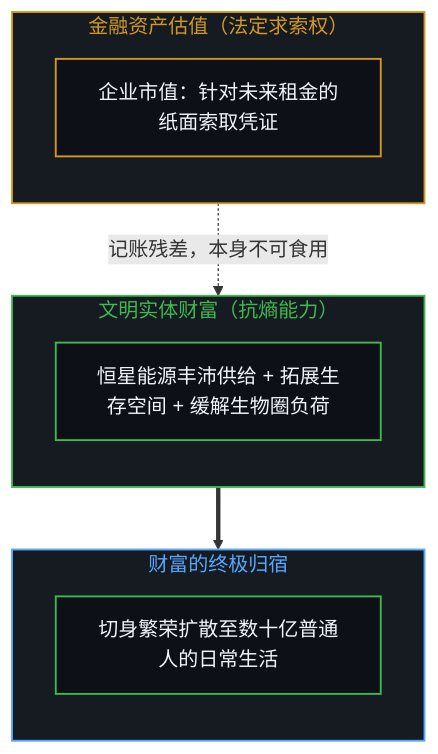
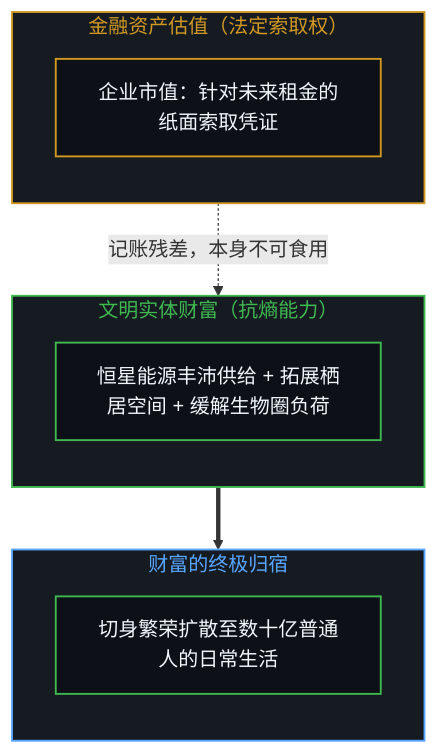
Before and after one commit to powerpig99/not-a-toe: diagram 13 of 14 in content/posts/beyond-the-hundred-trillion-horizon.md, drawn with Mermaid. The commit also changed other lines of this file and 5 other files, not shown here.

````diff
--- a/content/posts/beyond-the-hundred-trillion-horizon.md
+++ b/content/posts/beyond-the-hundred-trillion-horizon.md
@@ -495,25 +495,25 @@
 ```mermaid
 flowchart TD
     classDef default fill:#0d1117,stroke:#30363d,stroke-width:1px,color:#f0f6fc;
     classDef mind fill:#0d1117,stroke:#3fb950,stroke-width:1.5px,color:#f0f6fc;
     classDef warn fill:#0d1117,stroke:#d29922,stroke-width:1.5px,color:#f0f6fc;
     classDef fail fill:#0d1117,stroke:#f85149,stroke-width:1.5px,color:#f0f6fc;
     classDef model fill:#0d1117,stroke:#58a6ff,stroke-width:1.5px,color:#f0f6fc;
-    subgraph S_FINANCE_ZH ["金融资产估值（法定求索权）"]
+    subgraph S_FINANCE_ZH ["金融资产估值（法定索取权）"]
         direction TB
         EQUITY["企业市值：针对未来租金的纸面索取凭证"]:::warn
     end
     subgraph S_REAL_ZH ["文明实体财富（抗熵能力）"]
         direction TB
-        WEALTH["恒星能源丰沛供给 + 拓展生存空间 + 缓解生物圈负荷"]:::mind
+        WEALTH["恒星能源丰沛供给 + 拓展栖居空间 + 缓解生物圈负荷"]:::mind
     end
     subgraph S_DESTINY_ZH ["财富的终极归宿"]
         direction TB
         CIVILIZATION["切身繁荣扩散至数十亿普通人的日常生活"]:::mind
     end
     S_FINANCE_ZH -.->|"记账残差，本身不可食用"| S_REAL_ZH
     S_REAL_ZH ==> S_DESTINY_ZH
     style S_FINANCE_ZH fill:#161b22,stroke:#d29922,stroke-width:1.5px,color:#d29922
     style S_REAL_ZH fill:#161b22,stroke:#3fb950,stroke-width:1.5px,color:#3fb950
     style S_DESTINY_ZH fill:#161b22,stroke:#58a6ff,stroke-width:1.5px,color:#58a6ff
 ```
````
